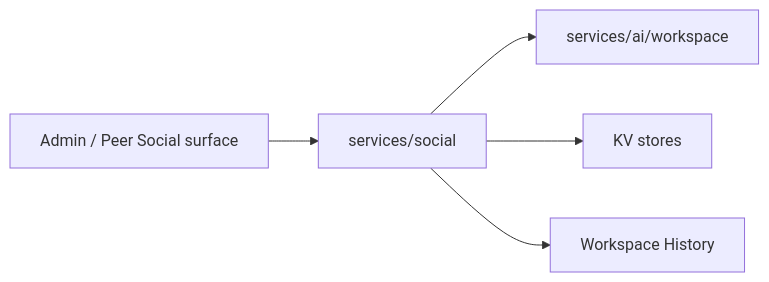
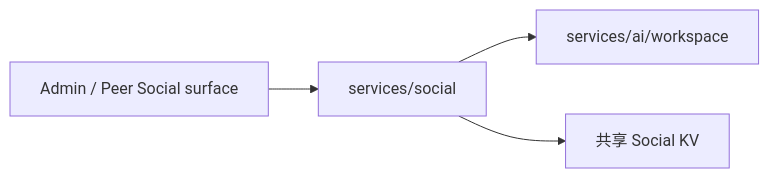
Before and after one commit to GizClaw/gizclaw: the third of 3 diagrams in guides/zh/developing/gizclaw/services/social.md, drawn with Mermaid. The commit also changed other lines of this file and 271 other files, not shown here.

First line of the commit message:
social: replace the Chatroom Workspace with an SFU Workspace (#1072)

````diff
--- a/guides/zh/developing/gizclaw/services/social.md
+++ b/guides/zh/developing/gizclaw/services/social.md
@@ -58,7 +198,6 @@
 ```mermaid
 flowchart LR
     Surface["Admin / Peer Social surface"] --> Social["services/social"]
     Social --> Workspace["services/ai/workspace"]
-    Social --> KV["KV stores"]
-    Social --> History["Workspace History"]
+    Social --> KV["共享 Social KV"]
 ```
````
